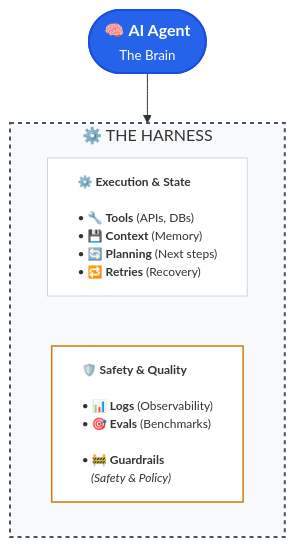
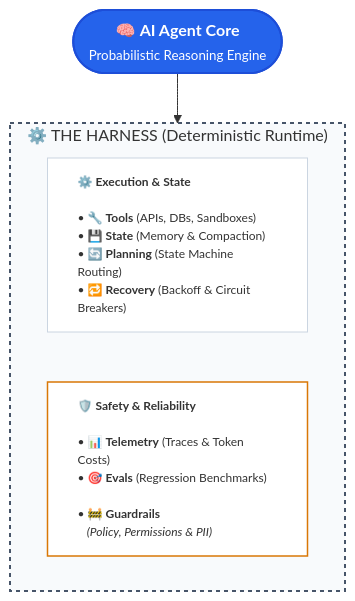
The diagram in content/posts/ai-harness-vs-guardrails.md (keolo/keolo-com), drawn with Mermaid before and after one commit. The commit also changed other lines of this file, not shown here.

First line of the commit message:
docs(posts): rewrite and expand AI harness vs guardrails article

````diff
--- a/content/posts/ai-harness-vs-guardrails.md
+++ b/content/posts/ai-harness-vs-guardrails.md
@@ -49,17 +84,17 @@
 ```mermaid
 flowchart TD
-    Agent(["🧠 <b>AI Agent</b><br><small>The Brain</small>"])
+    Agent(["🧠 <b>AI Agent Core</b><br><small>Probabilistic Reasoning Engine</small>"])
 
     Agent --> Harness
 
-    subgraph Harness ["⚙️ THE HARNESS"]
+    subgraph Harness ["⚙️ THE HARNESS (Deterministic Runtime)"]
         direction LR
-        Col1["<b>⚙️ Execution & State</b><br><br>• 🔧 <b>Tools</b> (APIs, DBs)<br>• 💾 <b>Context</b> (Memory)<br>• 🔄 <b>Planning</b> (Next steps)<br>• 🔁 <b>Retries</b> (Recovery)"]
-        Col2["<b>🛡️ Safety & Quality</b><br><br>• 📊 <b>Logs</b> (Observability)<br>• 🎯 <b>Evals</b> (Benchmarks)<br><br>• 🚧 <b>Guardrails</b><br>&nbsp;&nbsp;&nbsp;<i>(Safety & Policy)</i>"]
+        Col1["<b>⚙️ Execution & State</b><br><br>• 🔧 <b>Tools</b> (APIs, DBs, Sandboxes)<br>• 💾 <b>State</b> (Memory & Compaction)<br>• 🔄 <b>Planning</b> (State Machine Routing)<br>• 🔁 <b>Recovery</b> (Backoff & Circuit Breakers)"]
+        Col2["<b>🛡️ Safety & Reliability</b><br><br>• 📊 <b>Telemetry</b> (Traces & Token Costs)<br>• 🎯 <b>Evals</b> (Regression Benchmarks)<br><br>• 🚧 <b>Guardrails</b><br>&nbsp;&nbsp;&nbsp;<i>(Policy, Permissions & PII)</i>"]
     end
 
     style Agent fill:#2563eb,stroke:#1d4ed8,stroke-width:2px,color:#ffffff
     style Harness fill:#f8fafc,stroke:#475569,stroke-width:2px,stroke-dasharray: 4 4
     style Col1 fill:#ffffff,stroke:#cbd5e1,text-align:left,font-size:12px
     style Col2 fill:#ffffff,stroke:#d97706,stroke-width:1.5px,text-align:left,font-size:12px
 ```
````
